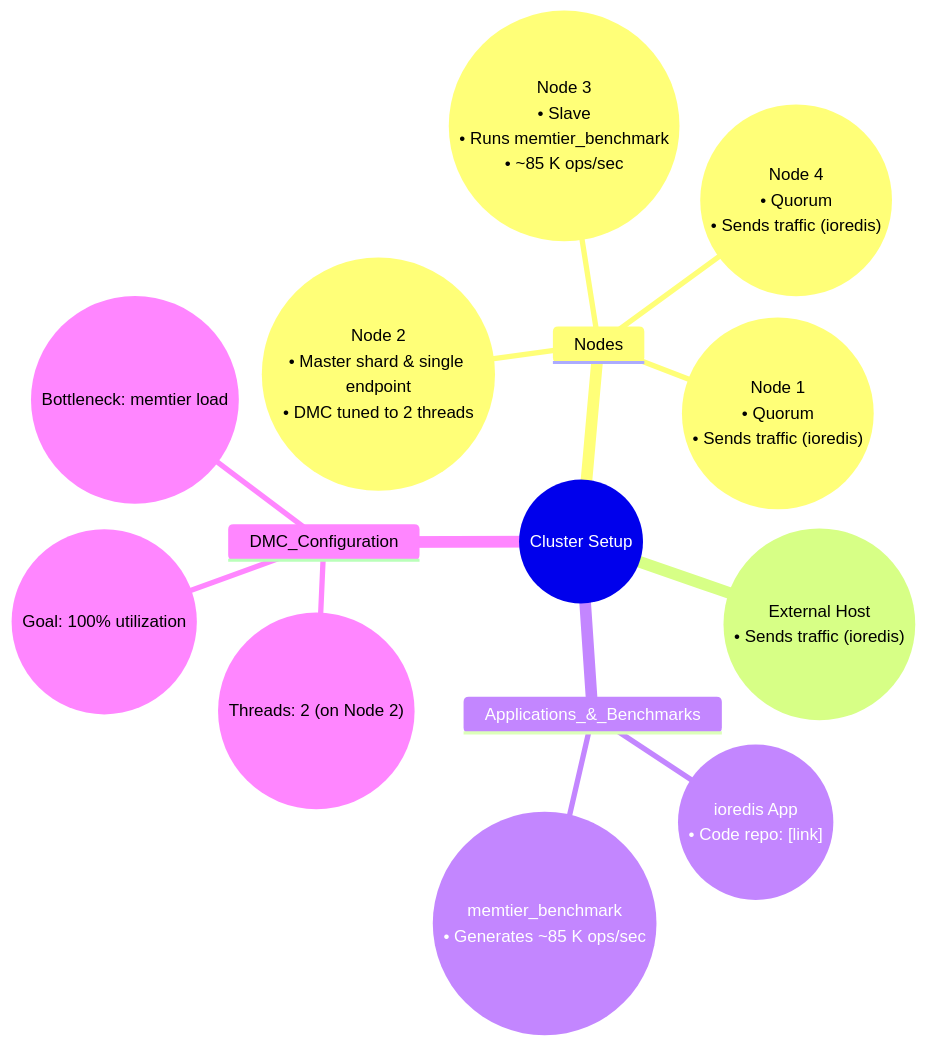
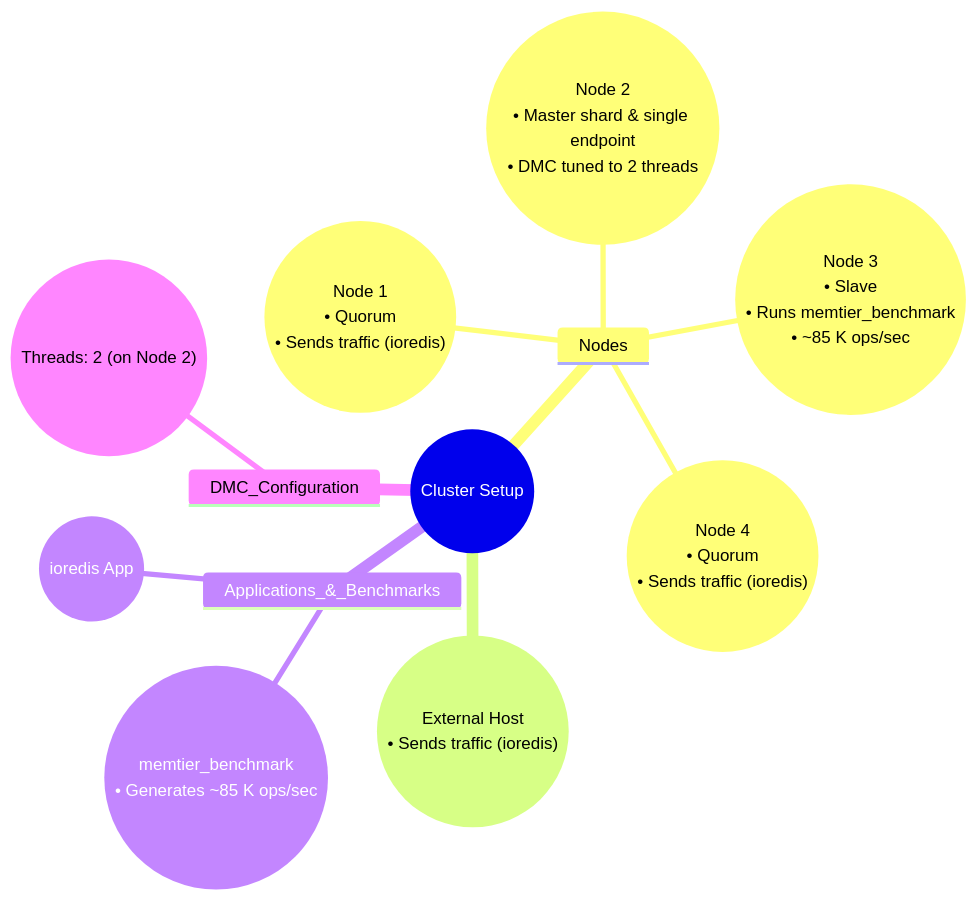
One commit to alon-redis/mondayIOredis changed the diagram in 164606setup.md. Above: the diagram before and after it, drawn with Mermaid.

````diff
--- a/164606setup.md
+++ b/164606setup.md
@@ -1,29 +1,26 @@
 ```mermaid
 mindmap
   root((Cluster Setup))
     Nodes
       Node1(("Node 1
       • Quorum
       • Sends traffic (ioredis)"))
       Node2(("Node 2
       • Master shard & single endpoint
       • DMC tuned to 2 threads"))
       Node3(("Node 3
       • Slave
       • Runs memtier_benchmark
       • ~85 K ops/sec"))
       Node4(("Node 4
       • Quorum
       • Sends traffic (ioredis)"))
     ExternalHost(("External Host
       • Sends traffic (ioredis)"))
     Applications_&_Benchmarks
-      ioredisApp(("ioredis App
-      • Code repo: [link]"))
+      ioredisApp(("ioredis App"))
       memtierBenchmark(("memtier_benchmark
       • Generates ~85 K ops/sec"))
     DMC_Configuration
       Threads(("Threads: 2 (on Node 2)"))
-      Goal(("Goal: 100% utilization"))
-      Bottleneck(("Bottleneck: memtier load"))
 ```
````
